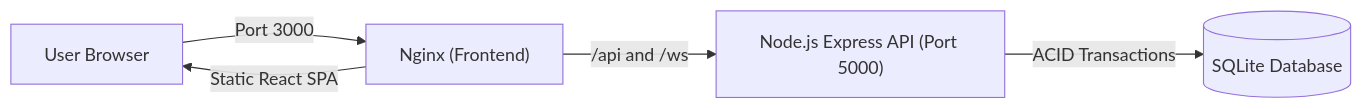
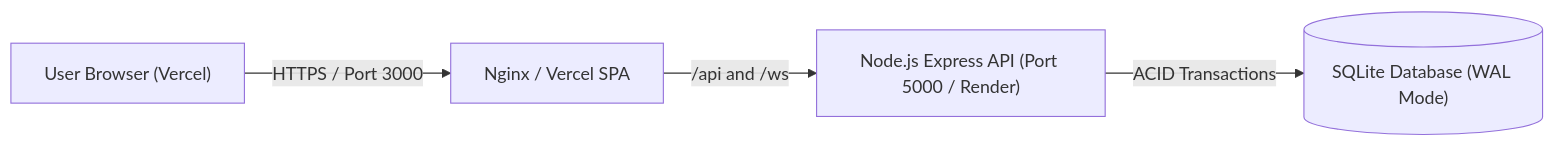
The first of 2 diagrams in README.md (Mahim25800/oii-tesla), drawn with Mermaid before and after one commit. The commit also changed other lines of this file, not shown here.

Commit message:
docs: add walkthrough video section and Mermaid ERD to README

````diff
--- a/README.md
+++ b/README.md
@@ -98,7 +100,6 @@
 ```mermaid
 flowchart LR
-    Browser["User Browser"] -->|Port 3000| Nginx["Nginx (Frontend)"]
-    Nginx -->|Static React SPA| Browser
-    Nginx -->|/api and /ws| NodeAPI["Node.js Express API (Port 5000)"]
-    NodeAPI -->|ACID Transactions| SQLite[("SQLite Database")]
+    Browser["User Browser (Vercel)"] -->|HTTPS / Port 3000| Nginx["Nginx / Vercel SPA"]
+    Nginx -->|/api and /ws| NodeAPI["Node.js Express API (Port 5000 / Render)"]
+    NodeAPI -->|ACID Transactions| SQLite[("SQLite Database (WAL Mode)")]
 ```
````
